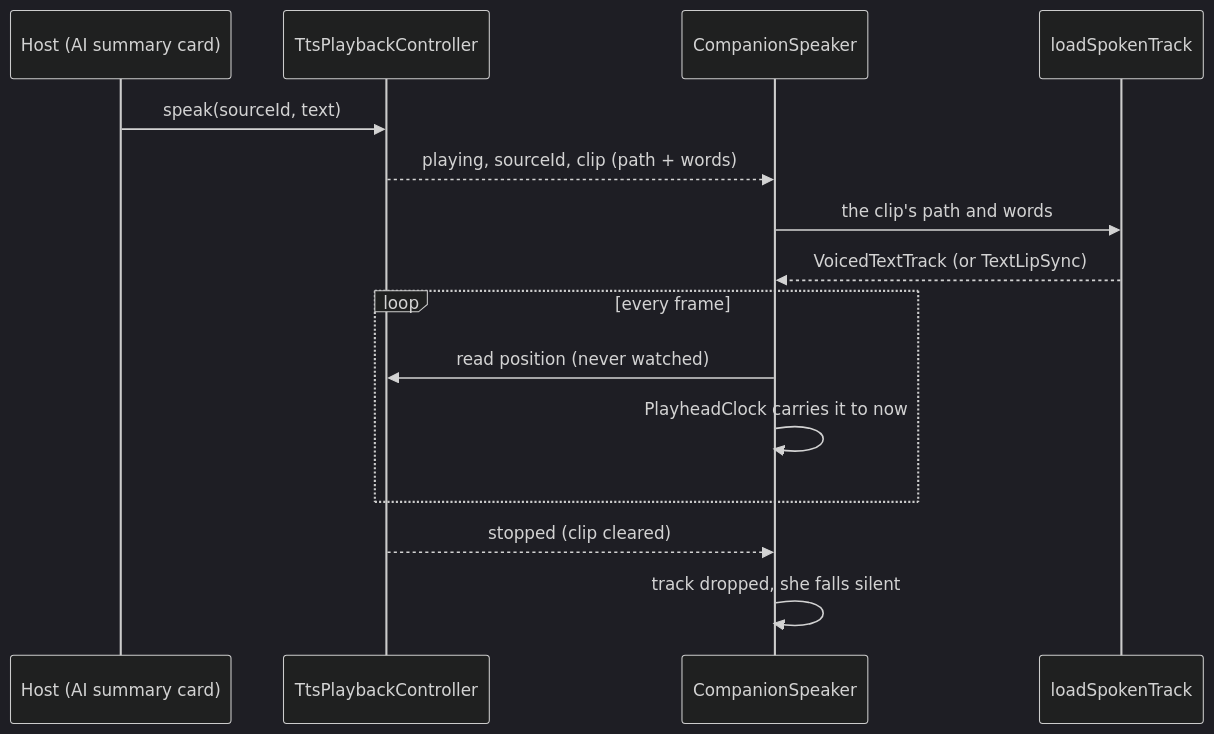
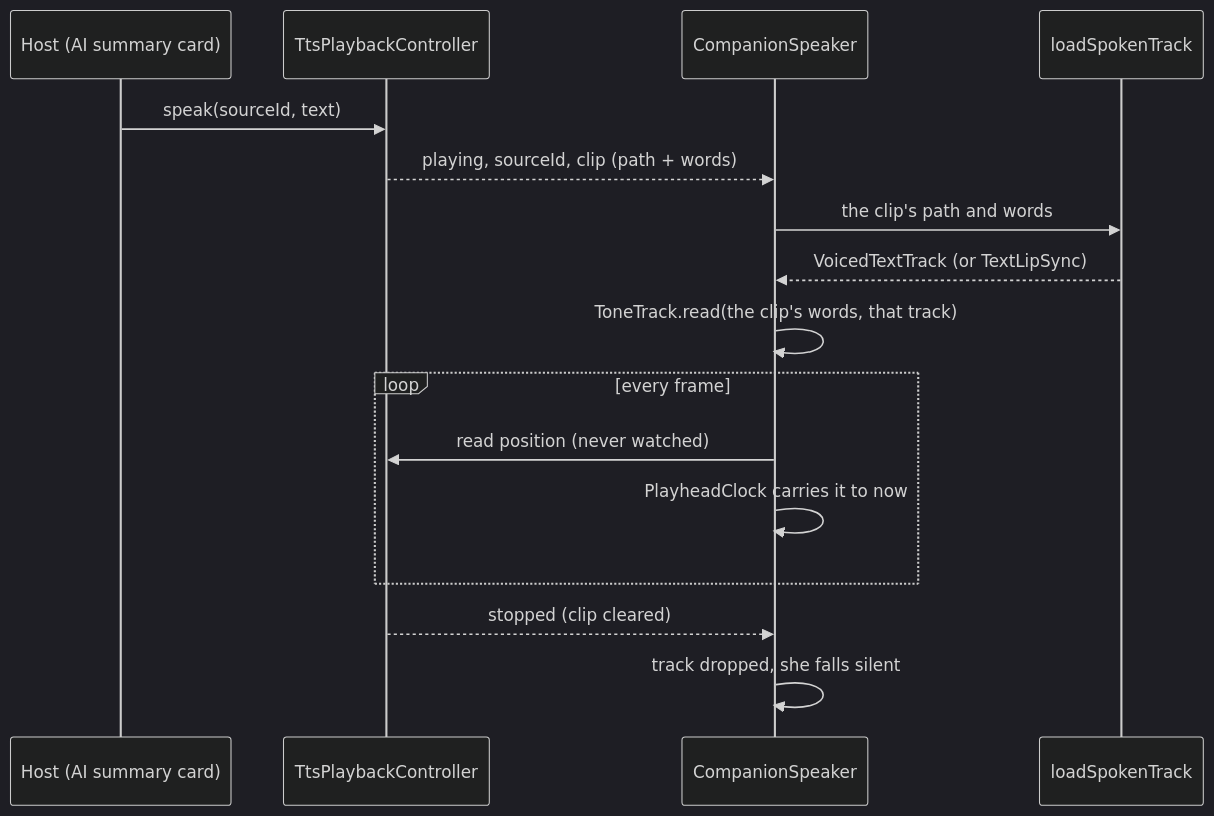
The fourth of 7 diagrams in knowledge/features/companion.md (matthiasn/lotti), drawn with Mermaid (dark theme) before and after one commit. The commit also changed other lines of this file and 127 other files, not shown here.

````diff
--- a/knowledge/features/companion.md
+++ b/knowledge/features/companion.md
@@ -173,17 +227,18 @@
 ```mermaid
 sequenceDiagram
   participant Host as Host (AI summary card)
   participant Voice as TtsPlaybackController
   participant Her as CompanionSpeaker
   participant Loader as loadSpokenTrack
   Host->>Voice: speak(sourceId, text)
   Voice-->>Her: playing, sourceId, clip (path + words)
   Her->>Loader: the clip's path and words
   Loader-->>Her: VoicedTextTrack (or TextLipSync)
+  Her->>Her: ToneTrack.read(the clip's words, that track)
   loop every frame
     Her->>Voice: read position (never watched)
     Her->>Her: PlayheadClock carries it to now
   end
   Voice-->>Her: stopped (clip cleared)
   Her->>Her: track dropped, she falls silent
 ```
````
